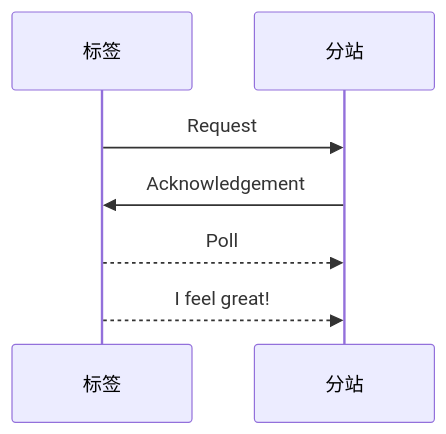
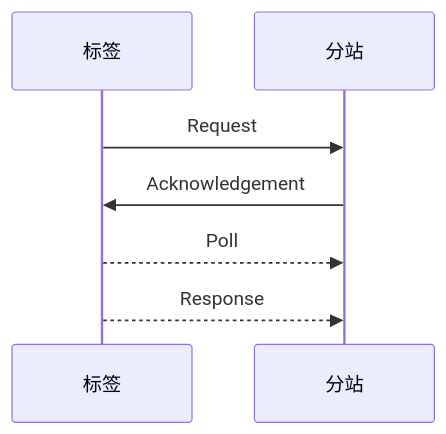
Before and after one commit to geek-zhao/iodraw-files: the diagram in all/未命名.md, drawn with Mermaid.

Commit message:
2024-08-17 13:55:12 update

````diff
--- a/all/未命名.md
+++ b/all/未命名.md
@@ -1,8 +1,8 @@
 ```mermaid
 sequenceDiagram
     标签->>分站: Request
     分站->>标签: Acknowledgement
     标签-->>分站: Poll
-    标签-->>分站: I feel great!
+    标签-->>分站:  Response
             
 ```
````
